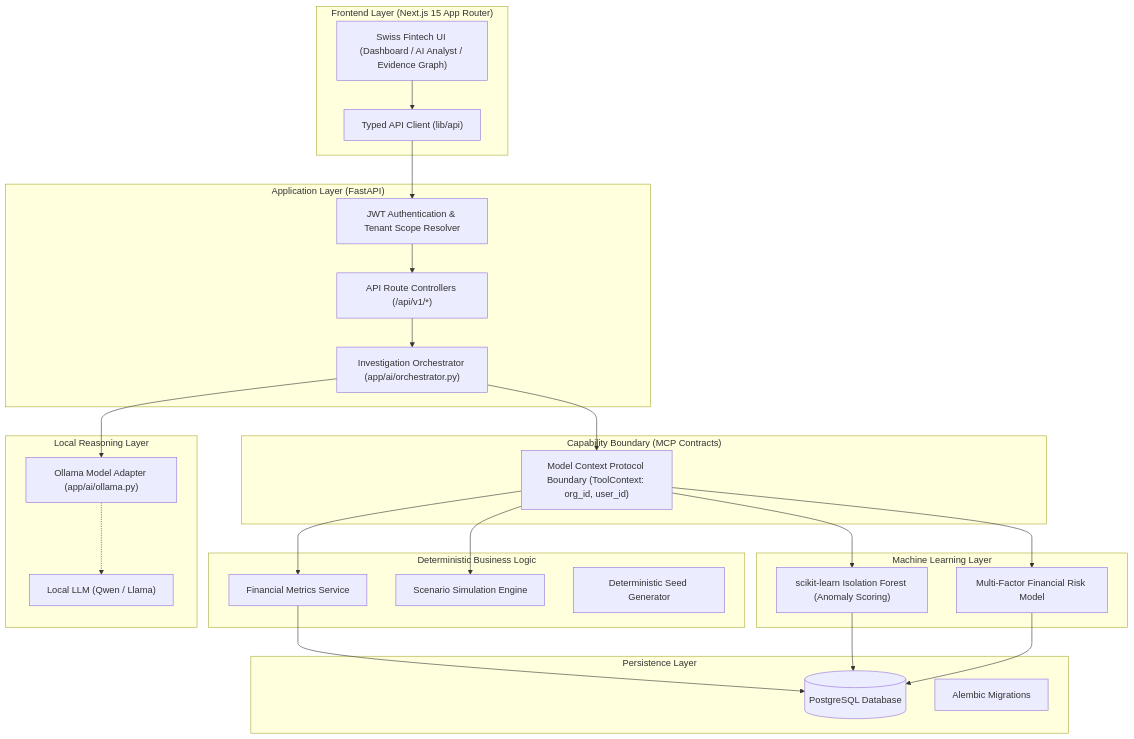
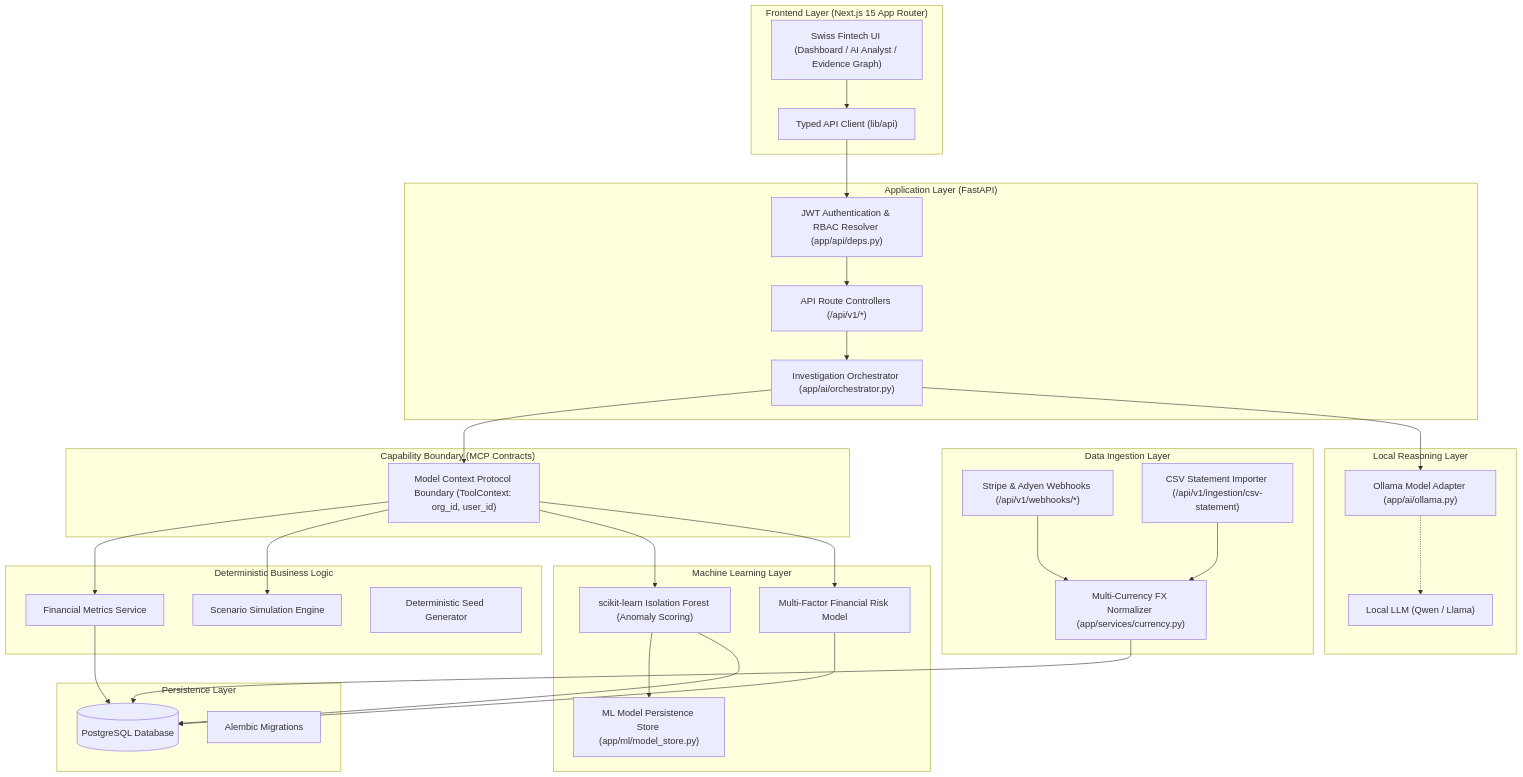
The diagram in README.md (UtkarshSingh597/FinController), drawn with Mermaid before and after one commit. The commit also changed other lines of this file and 27 other files, not shown here.

Commit message:
Implement full production suite: webhooks, CSV ingestion, alerts lifecycle, multi-turn AI investigation follow-ups, FX engine, and audit exports

````diff
--- a/README.md
+++ b/README.md
@@ -204,53 +215,64 @@
 ```mermaid
 flowchart TD
+    subgraph Ingestion ["Data Ingestion Layer"]
+        Webhooks["Stripe & Adyen Webhooks (/api/v1/webhooks/*)"]
+        CSVIngest["CSV Statement Importer (/api/v1/ingestion/csv-statement)"]
+        FXEngine["Multi-Currency FX Normalizer (app/services/currency.py)"]
+    end
+
     subgraph Client ["Frontend Layer (Next.js 15 App Router)"]
         UI["Swiss Fintech UI (Dashboard / AI Analyst / Evidence Graph)"]
         APIClient["Typed API Client (lib/api)"]
     end
 
     subgraph API ["Application Layer (FastAPI)"]
-        AuthMiddleware["JWT Authentication & Tenant Scope Resolver"]
+        AuthMiddleware["JWT Authentication & RBAC Resolver (app/api/deps.py)"]
         Router["API Route Controllers (/api/v1/*)"]
         Orchestrator["Investigation Orchestrator (app/ai/orchestrator.py)"]
     end
 
     subgraph Boundaries ["Capability Boundary (MCP Contracts)"]
         MCP["Model Context Protocol Boundary (ToolContext: org_id, user_id)"]
     end
 
     subgraph Services ["Deterministic Business Logic"]
         FinMetrics["Financial Metrics Service"]
         SimEngine["Scenario Simulation Engine"]
         DemoGen["Deterministic Seed Generator"]
     end
 
     subgraph ML ["Machine Learning Layer"]
         IsoForest["scikit-learn Isolation Forest (Anomaly Scoring)"]
+        ModelStore["ML Model Persistence Store (app/ml/model_store.py)"]
         RiskModel["Multi-Factor Financial Risk Model"]
     end
 
     subgraph Storage ["Persistence Layer"]
         PG[(PostgreSQL Database)]
         Alembic["Alembic Migrations"]
     end
 
     subgraph AI ["Local Reasoning Layer"]
         OllamaAdapter["Ollama Model Adapter (app/ai/ollama.py)"]
         LocalLLM["Local LLM (Qwen / Llama)"]
     end
 
+    Webhooks --> FXEngine
+    CSVIngest --> FXEngine
+    FXEngine --> PG
     UI --> APIClient
     APIClient --> AuthMiddleware
     AuthMiddleware --> Router
     Router --> Orchestrator
     Orchestrator --> MCP
     MCP --> FinMetrics
     MCP --> SimEngine
     MCP --> IsoForest
+    IsoForest --> ModelStore
     MCP --> RiskModel
     FinMetrics --> PG
     IsoForest --> PG
     RiskModel --> PG
     Orchestrator --> OllamaAdapter
     OllamaAdapter -.-> LocalLLM
 ```
````
